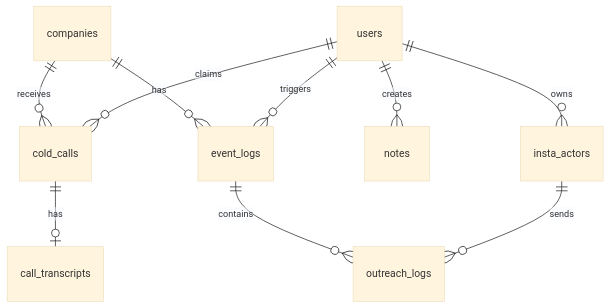
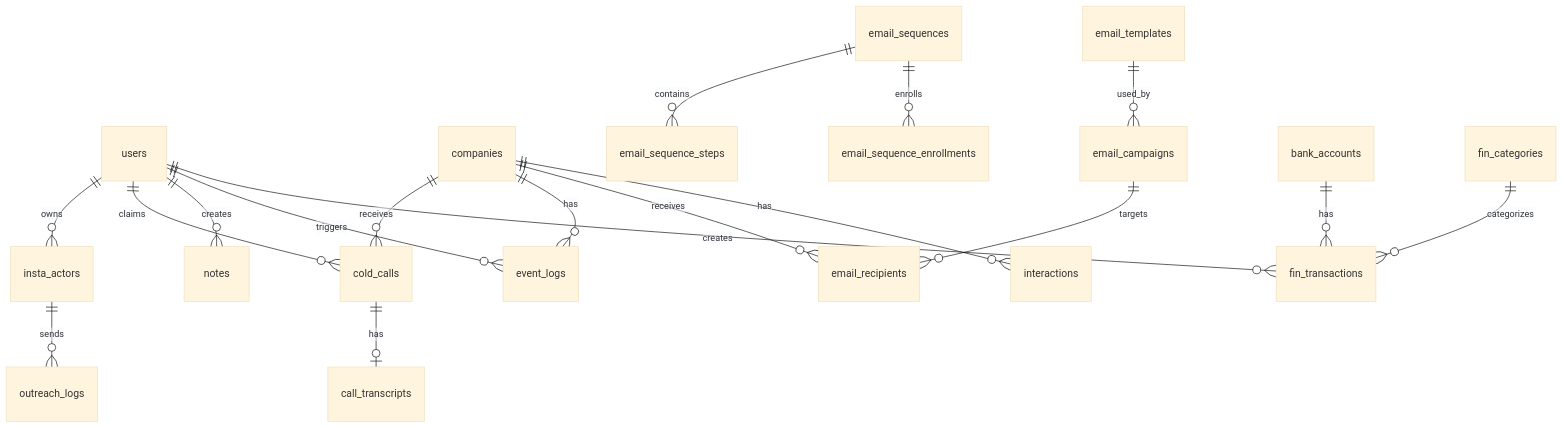
The diagram in README.md (TableTurnerr/Team-Stack), drawn with Mermaid (base theme) before and after one commit. The commit also changed other lines of this file and 4 other files, not shown here.

First line of the commit message:
docs: update project documentation to reflect new modules and schema

````diff
--- a/README.md
+++ b/README.md
@@ -93,15 +94,25 @@
 ```mermaid
 erDiagram
     users ||--o{ insta_actors : "owns"
     users ||--o{ cold_calls : "claims"
     users ||--o{ notes : "creates"
     users ||--o{ event_logs : "triggers"
-    
+    users ||--o{ fin_transactions : "creates"
+
     companies ||--o{ cold_calls : "receives"
     companies ||--o{ event_logs : "has"
-    
+    companies ||--o{ email_recipients : "receives"
+    companies ||--o{ interactions : "has"
+
     cold_calls ||--o| call_transcripts : "has"
-    
+
     insta_actors ||--o{ outreach_logs : "sends"
-    event_logs ||--o{ outreach_logs : "contains"
+
+    email_campaigns ||--o{ email_recipients : "targets"
+    email_sequences ||--o{ email_sequence_steps : "contains"
+    email_sequences ||--o{ email_sequence_enrollments : "enrolls"
+    email_templates ||--o{ email_campaigns : "used_by"
+
+    bank_accounts ||--o{ fin_transactions : "has"
+    fin_categories ||--o{ fin_transactions : "categorizes"
 ```
````
